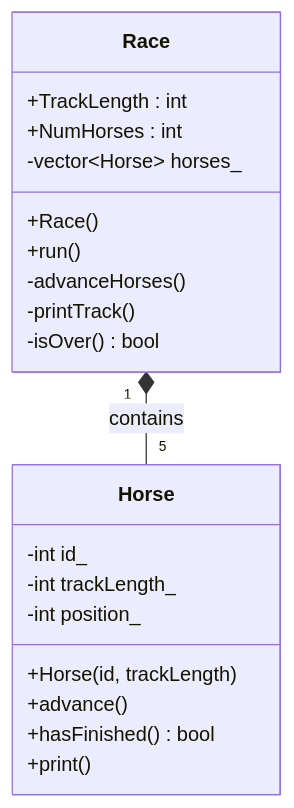
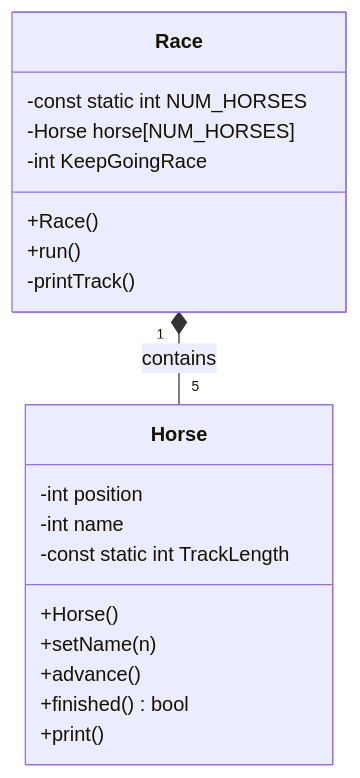
Before and after one commit to brozone700/CompSci121OOPHorseRace: the diagram in README.md, drawn with Mermaid.

````diff
--- a/README.md
+++ b/README.md
@@ -3,23 +3,22 @@
 ```mermaid
 classDiagram
   class Horse {
-    -int id_
-    -int trackLength_
-    -int position_
-    +Horse(id, trackLength)
+    -int position
+    -int name
+    -const static int TrackLength
+    +Horse()
+    +setName(n)
     +advance()
-    +hasFinished() bool
+    +finished() bool
     +print()
   }
   class Race {
-    +TrackLength : int
-    +NumHorses : int
-    -vector~Horse~ horses_
+    -const static int NUM_HORSES
+    -Horse horse[NUM_HORSES]
+    -int KeepGoingRace
     +Race()
     +run()
-    -advanceHorses()
     -printTrack()
-    -isOver() bool
   }
   Race "1" *-- "5" Horse : contains
 ```
````
